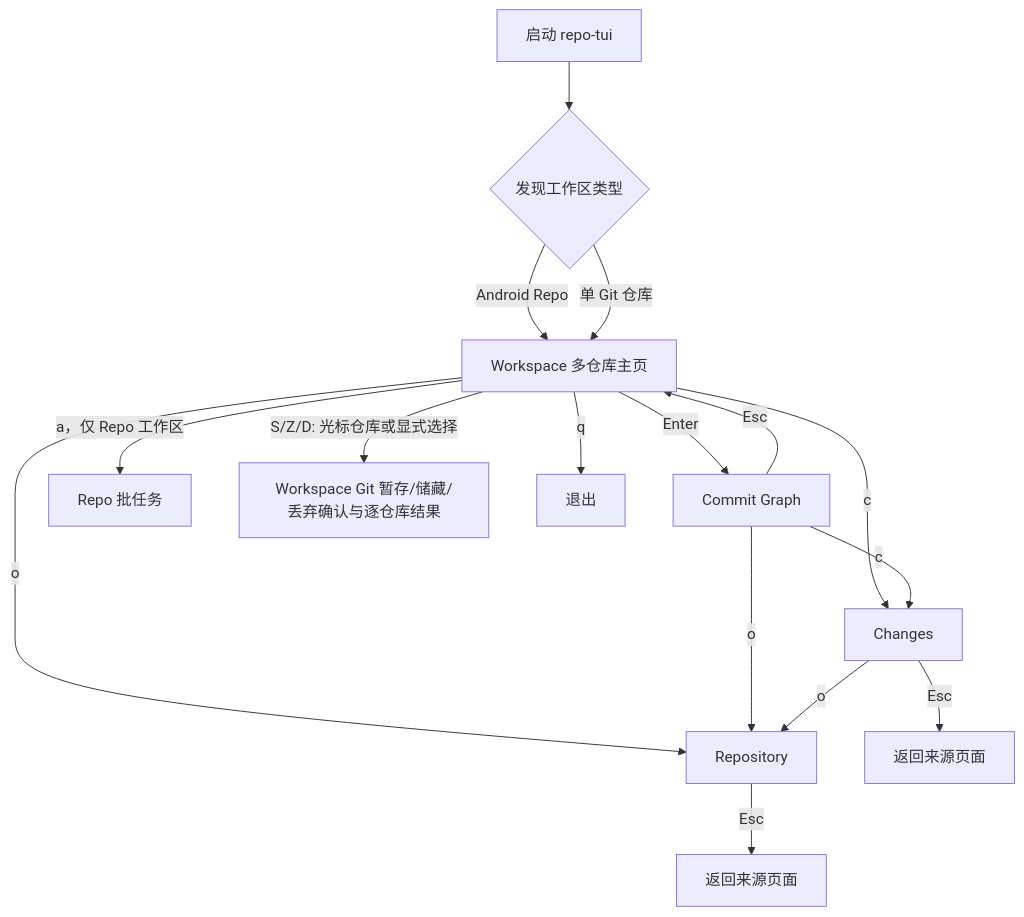
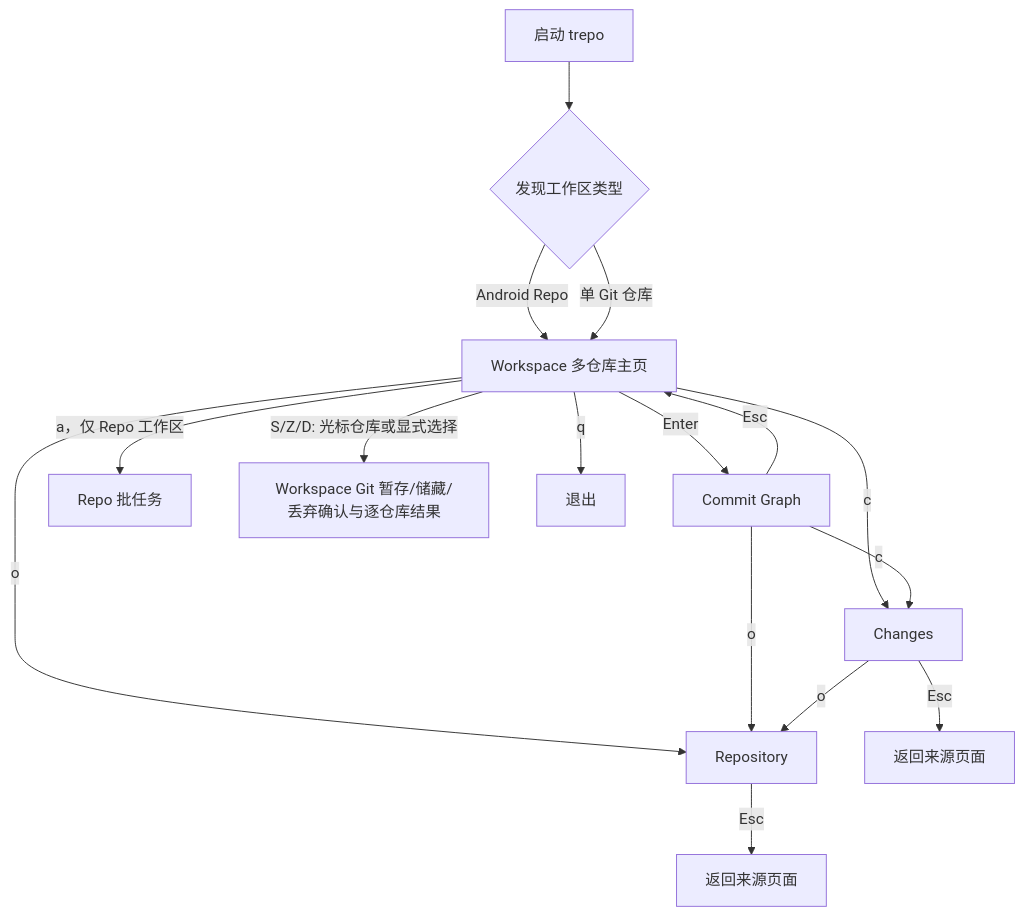
The first of 7 diagrams in docs/USER_GUIDE.md (Trigger-CN/trepo), drawn with Mermaid before and after one commit. The commit also changed other lines of this file and 15 other files, not shown here.

````diff
--- a/docs/USER_GUIDE.md
+++ b/docs/USER_GUIDE.md
@@ -51,21 +51,21 @@
 ```mermaid
 flowchart TD
-    S[启动 repo-tui] --> D{发现工作区类型}
+    S[启动 trepo] --> D{发现工作区类型}
     D -->|Android Repo| W[Workspace 多仓库主页]
     D -->|单 Git 仓库| W
 
     W -->|Enter| G[Commit Graph]
     W -->|c| C[Changes]
     W -->|o| R[Repository]
     W -->|a，仅 Repo 工作区| B[Repo 批任务]
     W -->|S/Z/D: 光标仓库或显式选择| WG[Workspace Git 暂存/储藏/丢弃确认与逐仓库结果]
 
     G -->|c| C
     G -->|o| R
     C -->|o| R
 
     G -->|Esc| W
     C -->|Esc| P1[返回来源页面]
     R -->|Esc| P2[返回来源页面]
     W -->|q| E[退出]
 ```
````
